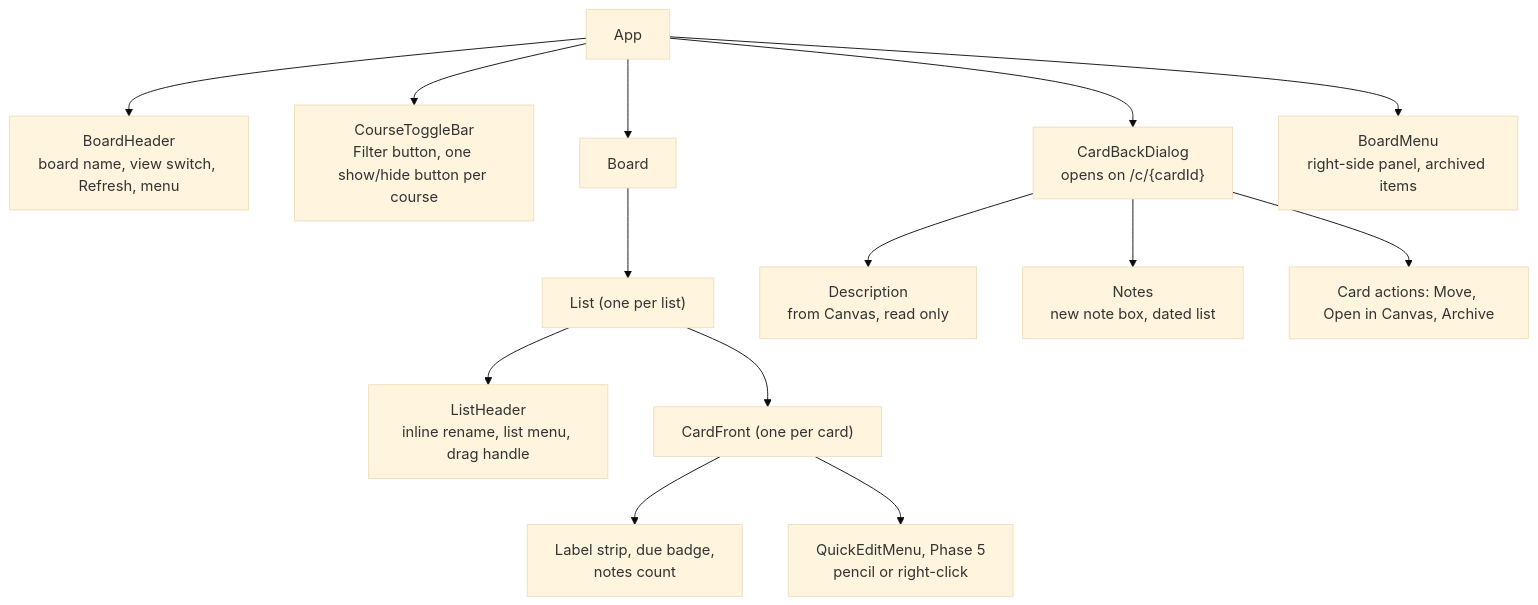
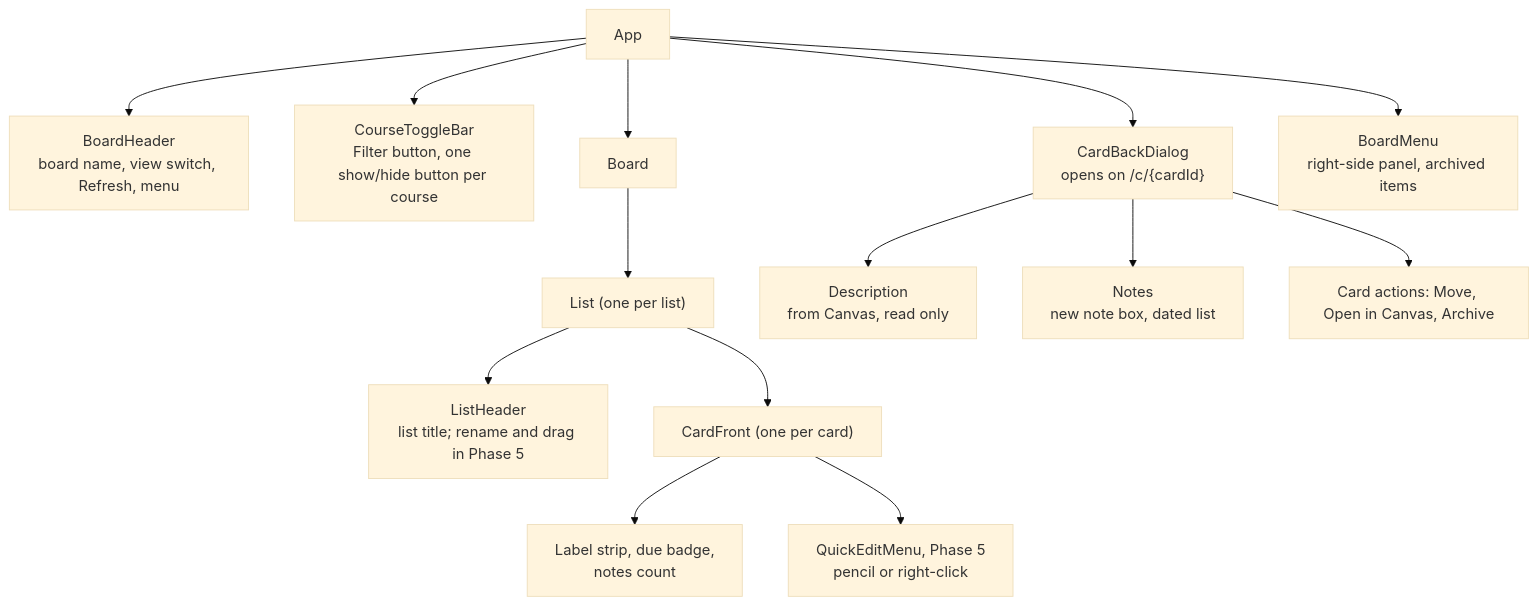
Before and after one commit to bbranton/TestProj: the fifth of 5 diagrams in docs/canvas-portal/03-design.md, drawn with Mermaid (base theme). The commit also changed other lines of this file and 4 other files, not shown here.

````diff
--- a/docs/canvas-portal/03-design.md
+++ b/docs/canvas-portal/03-design.md
@@ -402,16 +403,16 @@
 ```mermaid
 flowchart TD
     App --> Header["BoardHeader<br/>board name, view switch, Refresh, menu"]
     App --> Toggles["CourseToggleBar<br/>Filter button, one show/hide button per course"]
     App --> Board
     App --> CardBack["CardBackDialog<br/>opens on /c/{cardId}"]
     App --> BoardMenu["BoardMenu<br/>right-side panel, archived items"]
     Board --> List["List (one per list)"]
-    List --> ListHeader["ListHeader<br/>inline rename, list menu, drag handle"]
+    List --> ListHeader["ListHeader<br/>list title; rename and drag in Phase 5"]
     List --> Card["CardFront (one per card)"]
     Card --> Badges["Label strip, due badge,<br/>notes count"]
     Card --> QuickEdit["QuickEditMenu, Phase 5<br/>pencil or right-click"]
     CardBack --> Desc["Description<br/>from Canvas, read only"]
     CardBack --> Notes["Notes<br/>new note box, dated list"]
     CardBack --> Sidebar["Card actions: Move, Open in Canvas, Archive"]
 ```
````
